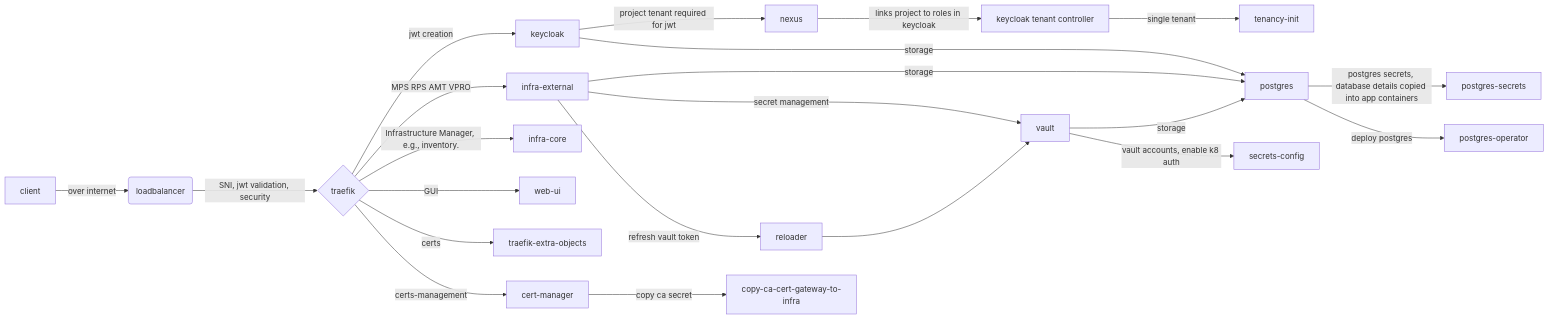
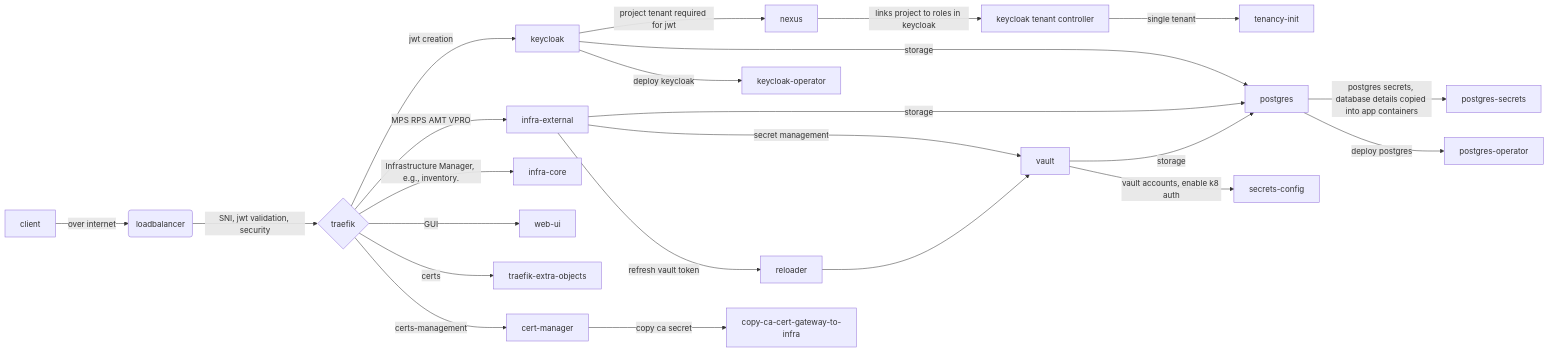
One commit to open-edge-platform/edge-manageability-framework changed the diagram in design-proposals/vpro-profile-simplification.md. Above: the diagram before and after it, drawn with Mermaid.

````diff
--- a/design-proposals/vpro-profile-simplification.md
+++ b/design-proposals/vpro-profile-simplification.md
@@ -17,25 +17,26 @@
 ```mermaid
 flowchart LR
 
 A[client] -->|over internet| loadbalancer(loadbalancer)
 loadbalancer -->|SNI, jwt validation, security| traefik{traefik}
 traefik -->|jwt creation| keycloak[keycloak]
 traefik -->|MPS RPS AMT VPRO| infra-external[infra-external]
 traefik -->|Infrastructure Manager, e.g., inventory.| infra-core[infra-core]
 traefik -->|GUI| web-ui[web-ui]
 traefik -->|certs| traefik-extra-objects[traefik-extra-objects]
 traefik -->|certs-management| cert-manager[cert-manager]
 cert-manager --> |copy ca secret| copy-ca-cert-gateway-to-infra[copy-ca-cert-gateway-to-infra]
 keycloak -->|project tenant required for jwt| nexus[nexus]
 keycloak -->|storage| postgres[postgres]
+keycloak -->|deploy keycloak| keycloak-operator[keycloak-operator]
 nexus -->|links project to roles in keycloak| ktc[keycloak tenant controller]
 ktc -->|single tenant| tenancy-init[tenancy-init]
 infra-external -->|storage| postgres[postgres]
 infra-external -->|secret management| vault[vault]
 infra-external -->|refresh vault token| reloader
 reloader --> vault[vault]
 vault -->|storage| postgres[postgres]
 vault -->|vault accounts, enable k8 auth| secrets-config[secrets-config]
 postgres -->|postgres secrets, database details copied into app containers| postgres-secrets[postgres-secrets]
 postgres -->|deploy postgres| postgres-operator[postgres-operator]
 ```
````
